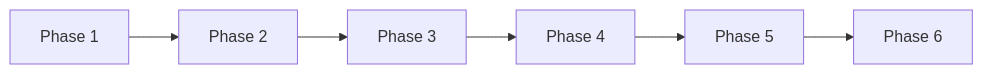
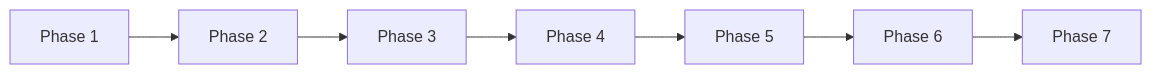
One commit to saagpatel/visual-album-studio changed the second of 2 diagrams in docs/05-dependency-graph.md. Above: the diagram before and after it, drawn with Mermaid. The commit also changed other lines of this file and 19 other files, not shown here.

````diff
--- a/docs/05-dependency-graph.md
+++ b/docs/05-dependency-graph.md
@@ -53,4 +69,4 @@
 ```mermaid
 graph LR
-  P1[Phase 1] --> P2[Phase 2] --> P3[Phase 3] --> P4[Phase 4] --> P5[Phase 5] --> P6[Phase 6]
+  P1[Phase 1] --> P2[Phase 2] --> P3[Phase 3] --> P4[Phase 4] --> P5[Phase 5] --> P6[Phase 6] --> P7[Phase 7]
 ```
````
